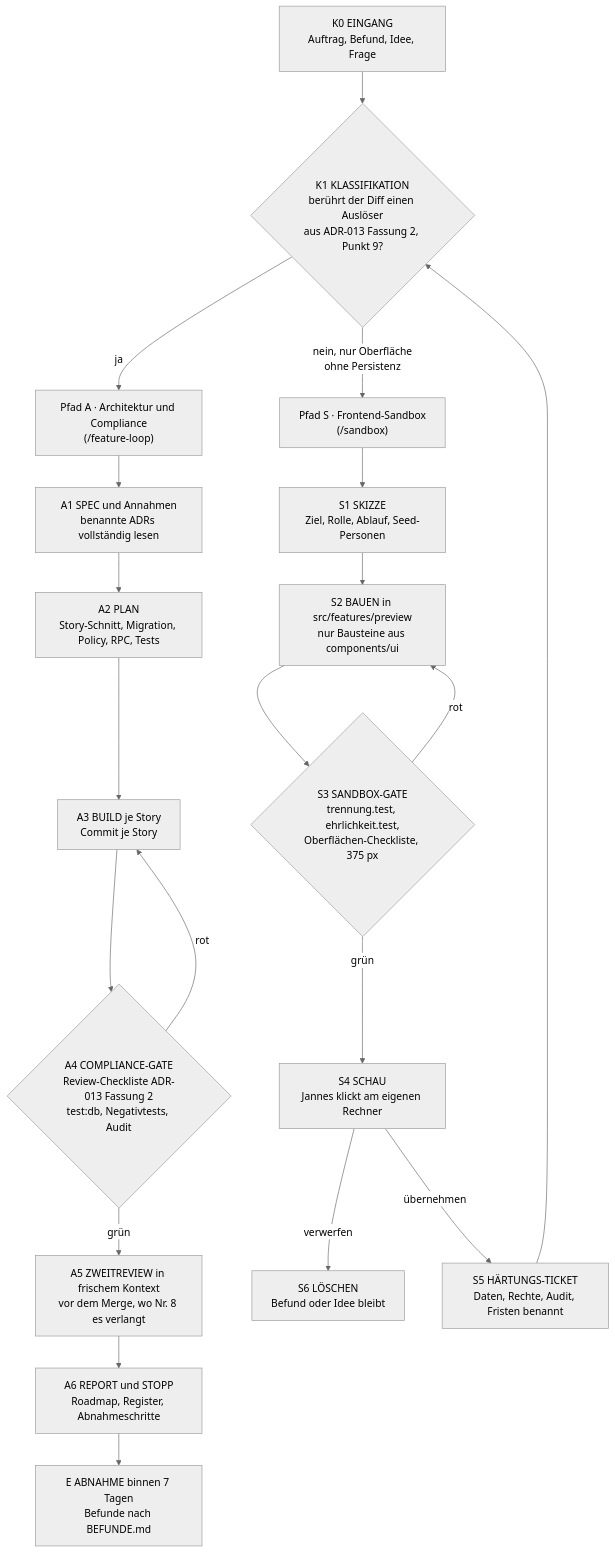
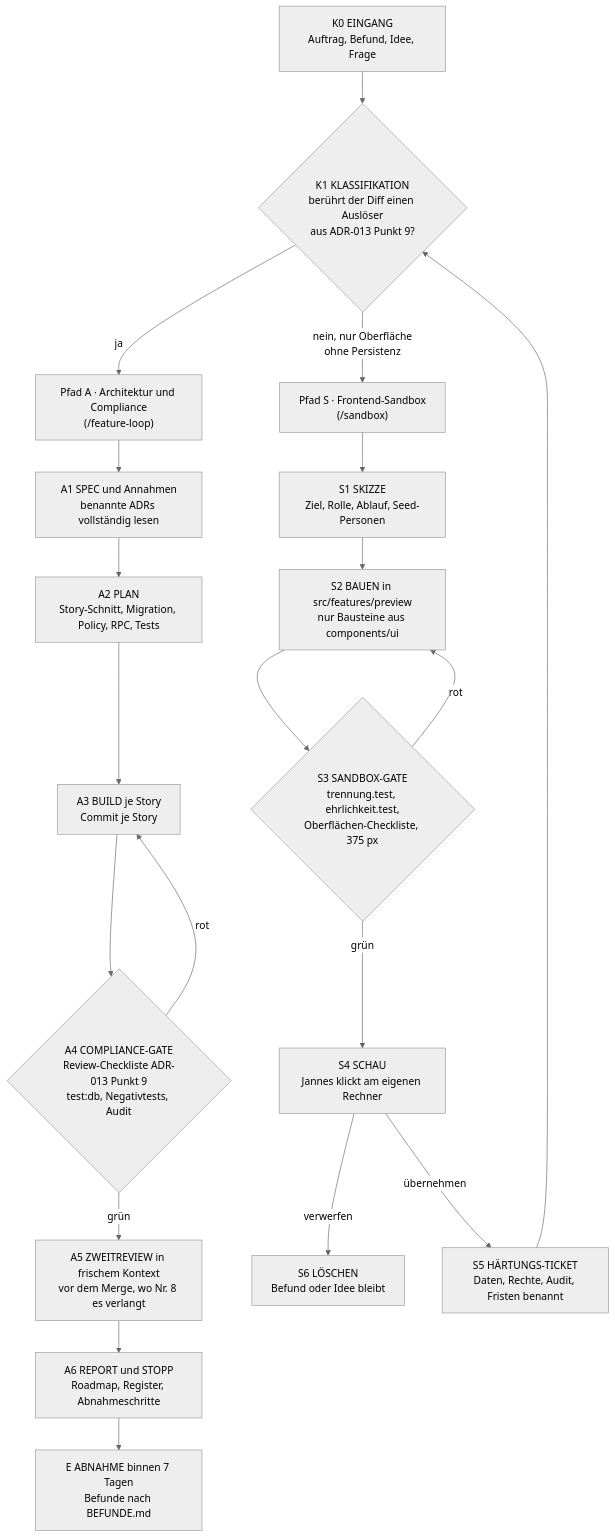
One commit to janneswichelhaus/PraxisSoftware changed the diagram in docs/development/GRAPH-ENGINEERING-WORKFLOW.md. Above: the diagram before and after it, drawn with Mermaid (neutral theme). The commit also changed other lines of this file and 19 other files, not shown here.

````diff
--- a/docs/development/GRAPH-ENGINEERING-WORKFLOW.md
+++ b/docs/development/GRAPH-ENGINEERING-WORKFLOW.md
@@ -44,22 +44,22 @@
 ```mermaid
 flowchart TD
-  K0["K0 EINGANG<br/>Auftrag, Befund, Idee, Frage"] --> K1{"K1 KLASSIFIKATION<br/>berührt der Diff einen Auslöser<br/>aus ADR-013 Fassung 2, Punkt 9?"}
+  K0["K0 EINGANG<br/>Auftrag, Befund, Idee, Frage"] --> K1{"K1 KLASSIFIKATION<br/>berührt der Diff einen Auslöser<br/>aus ADR-013 Punkt 9?"}
   K1 -- "ja" --> A0["Pfad A · Architektur und Compliance<br/>(/feature-loop)"]
   K1 -- "nein, nur Oberfläche<br/>ohne Persistenz" --> S0["Pfad S · Frontend-Sandbox<br/>(/sandbox)"]
   A0 --> A1["A1 SPEC und Annahmen<br/>benannte ADRs vollständig lesen"]
   A1 --> A2["A2 PLAN<br/>Story-Schnitt, Migration, Policy, RPC, Tests"]
   A2 --> A3["A3 BUILD je Story<br/>Commit je Story"]
-  A3 --> A4{"A4 COMPLIANCE-GATE<br/>Review-Checkliste ADR-013 Fassung 2<br/>test:db, Negativtests, Audit"}
+  A3 --> A4{"A4 COMPLIANCE-GATE<br/>Review-Checkliste ADR-013 Punkt 9<br/>test:db, Negativtests, Audit"}
   A4 -- "rot" --> A3
   A4 -- "grün" --> A5["A5 ZWEITREVIEW in frischem Kontext<br/>vor dem Merge, wo Nr. 8 es verlangt"]
   A5 --> A6["A6 REPORT und STOPP<br/>Roadmap, Register, Abnahmeschritte"]
   S0 --> S1["S1 SKIZZE<br/>Ziel, Rolle, Ablauf, Seed-Personen"]
   S1 --> S2["S2 BAUEN in src/features/preview<br/>nur Bausteine aus components/ui"]
   S2 --> S3{"S3 SANDBOX-GATE<br/>trennung.test, ehrlichkeit.test,<br/>Oberflächen-Checkliste, 375 px"}
   S3 -- "rot" --> S2
   S3 -- "grün" --> S4["S4 SCHAU<br/>Jannes klickt am eigenen Rechner"]
   S4 -- "verwerfen" --> S6["S6 LÖSCHEN<br/>Befund oder Idee bleibt"]
   S4 -- "übernehmen" --> S5["S5 HÄRTUNGS-TICKET<br/>Daten, Rechte, Audit, Fristen benannt"]
   S5 --> K1
   A6 --> E["E ABNAHME binnen 7 Tagen<br/>Befunde nach BEFUNDE.md"]
 ```
````
